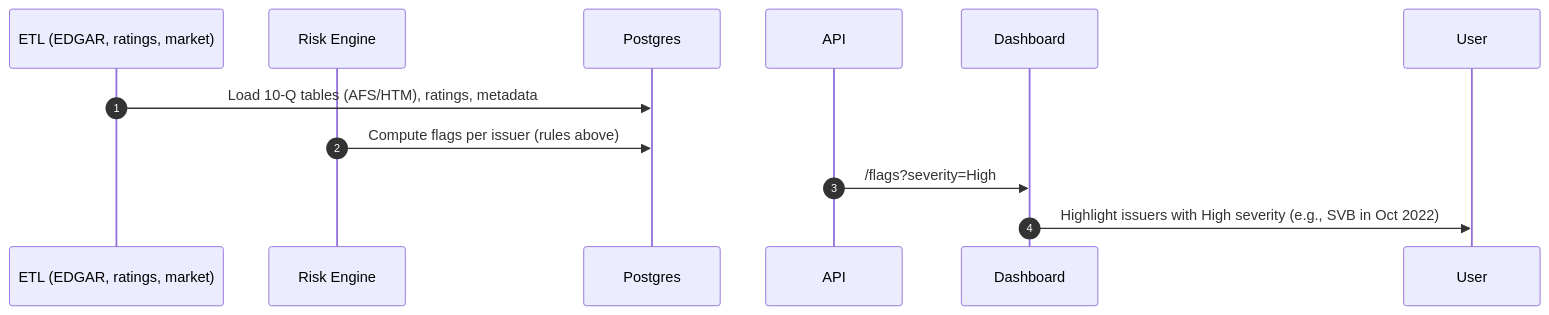
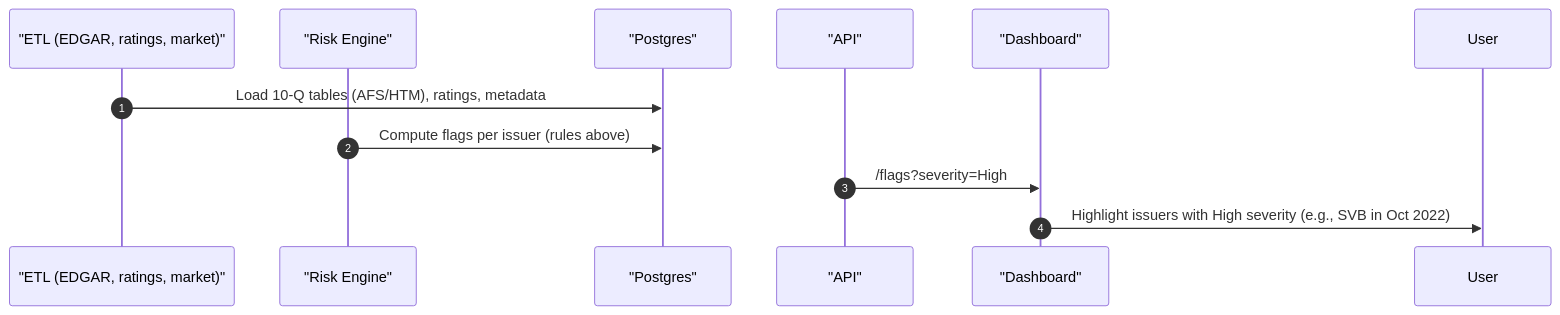
One commit to lwensveen/risk-scan changed the third of 3 diagrams in docs/svb-case.md. Above: the diagram before and after it, drawn with Mermaid. The commit also changed other lines of this file and 2 other files, not shown here.

````diff
--- a/docs/svb-case.md
+++ b/docs/svb-case.md
@@ -90,14 +90,14 @@
 ```mermaid
 sequenceDiagram
   autonumber
-  participant ETL as ETL (EDGAR, ratings, market)
-  participant Engine as Risk Engine
-  participant DB as Postgres
-  participant API as API
-  participant UI as Dashboard
+  participant ETL as "ETL (EDGAR, ratings, market)"
+  participant Engine as "Risk Engine"
+  participant DB as "Postgres"
+  participant API as "API"
+  participant UI as "Dashboard"
 
-  ETL->>DB: Load 10‑Q tables (AFS/HTM), ratings, metadata
+  ETL->>DB: Load 10-Q tables (AFS/HTM), ratings, metadata
   Engine->>DB: Compute flags per issuer (rules above)
   API->>UI: /flags?severity=High
   UI->>User: Highlight issuers with High severity (e.g., SVB in Oct 2022)
 ```
````
